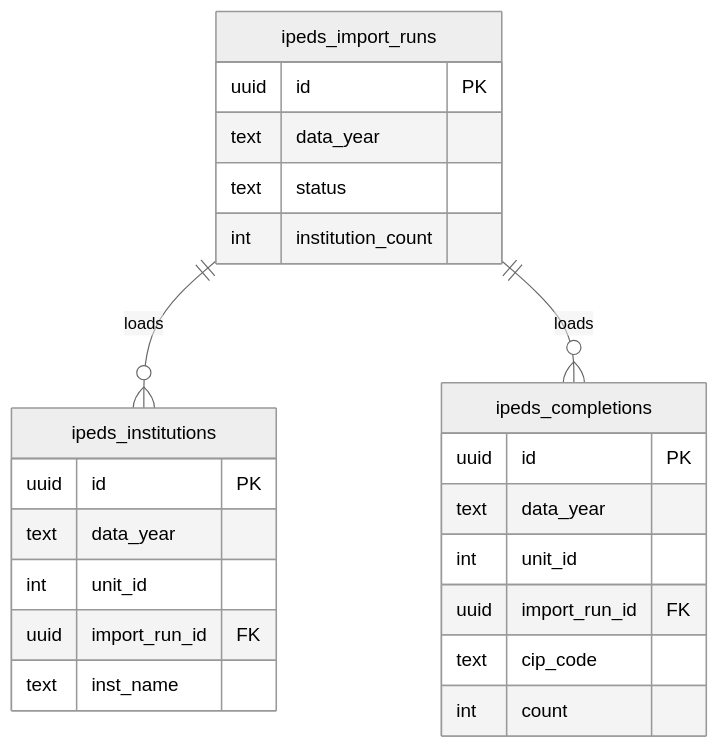
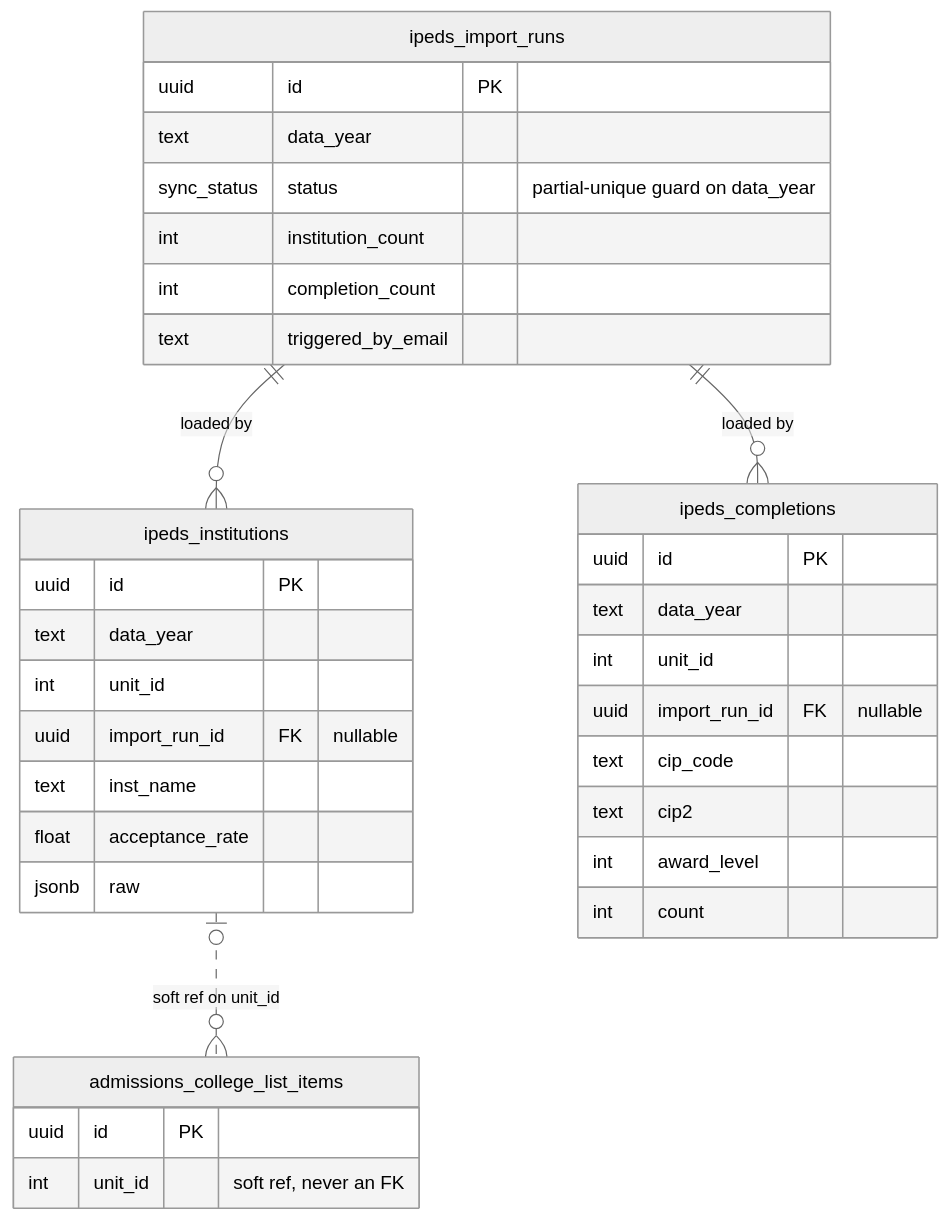
Before and after one commit to kasheesh711/bgscheduler: the fourth of 4 diagrams in docs/reference/database/erd-core.md, drawn with Mermaid (neutral theme). The commit also changed other lines of this file and 95 other files, not shown here.

````diff
--- a/docs/reference/database/erd-core.md
+++ b/docs/reference/database/erd-core.md
@@ -824,27 +551,38 @@
 ```mermaid
 erDiagram
     ipeds_import_runs {
         uuid id PK
         text data_year
-        text status
+        sync_status status "partial-unique guard on data_year"
         int institution_count
+        int completion_count
+        text triggered_by_email
     }
     ipeds_institutions {
         uuid id PK
         text data_year
         int unit_id
-        uuid import_run_id FK
+        uuid import_run_id FK "nullable"
         text inst_name
+        float acceptance_rate
+        jsonb raw
     }
     ipeds_completions {
         uuid id PK
         text data_year
         int unit_id
-        uuid import_run_id FK
+        uuid import_run_id FK "nullable"
         text cip_code
+        text cip2
+        int award_level
         int count
     }
+    admissions_college_list_items {
+        uuid id PK
+        int unit_id "soft ref, never an FK"
+    }
 
-    ipeds_import_runs ||--o{ ipeds_institutions : "loads"
-    ipeds_import_runs ||--o{ ipeds_completions : "loads"
+    ipeds_import_runs ||--o{ ipeds_institutions : "loaded by"
+    ipeds_import_runs ||--o{ ipeds_completions : "loaded by"
+    ipeds_institutions |o..o{ admissions_college_list_items : "soft ref on unit_id"
 ```
````
